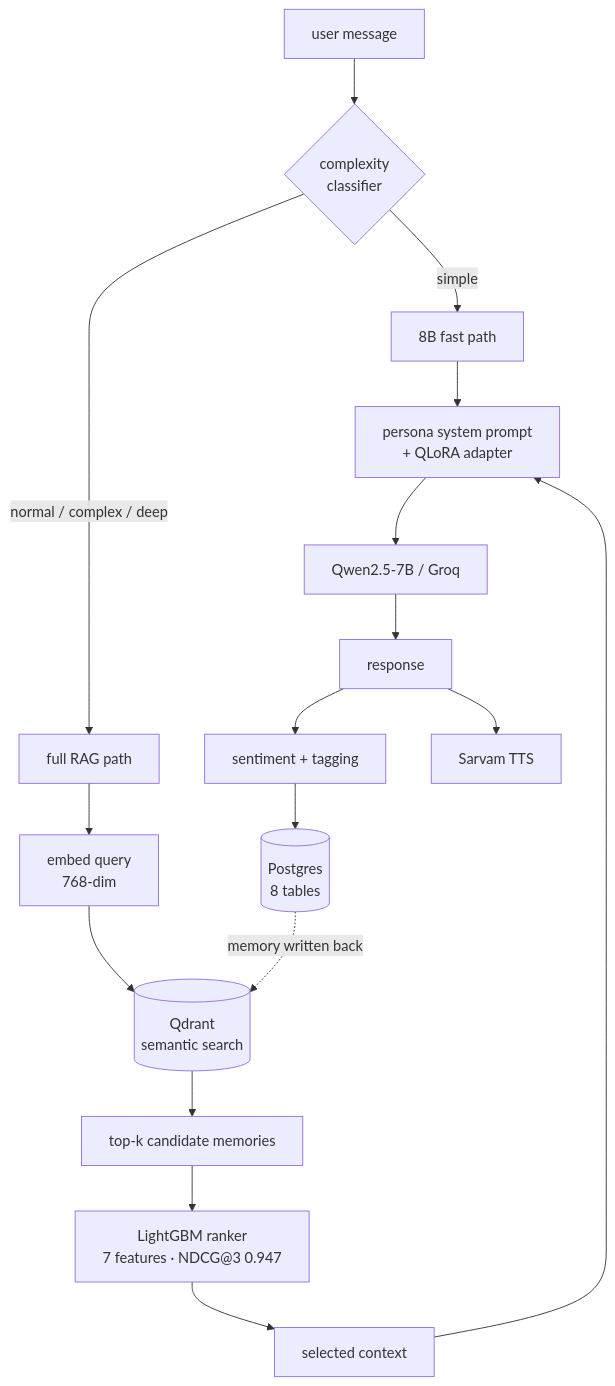
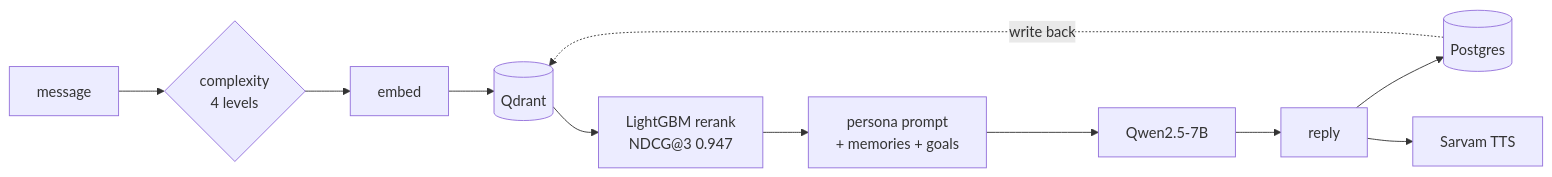
One commit to Aarti-panchal01/eka changed the diagram in README.md. Above: the diagram before and after it, drawn with Mermaid. The commit also changed other lines of this file, not shown here.

````diff
--- a/README.md
+++ b/README.md
@@ -33,23 +39,13 @@
 ```mermaid
-flowchart TB
-    U[user message] --> C{complexity<br/>classifier}
-    C -->|simple| FAST[8B fast path]
-    C -->|normal / complex / deep| FULL[full RAG path]
-
-    FULL --> E[embed query<br/>768-dim]
-    E --> Q[(Qdrant<br/>semantic search)]
-    Q --> CAND[top-k candidate memories]
-    CAND --> R[LightGBM ranker<br/>7 features · NDCG@3 0.947]
-    R --> CTX[selected context]
-
-    CTX --> P[persona system prompt<br/>+ QLoRA adapter]
-    FAST --> P
-    P --> LLM[Qwen2.5-7B / Groq]
-    LLM --> OUT[response]
-
-    OUT --> S[sentiment + tagging]
-    S --> M[(Postgres<br/>8 tables)]
-    OUT --> TTS[Sarvam TTS]
-
-    M -.->|memory written back| Q
+flowchart LR
+    U[message] --> C{complexity<br/>4 levels}
+    C --> E[embed]
+    E --> Q[(Qdrant)]
+    Q --> R[LightGBM rerank<br/>NDCG@3 0.947]
+    R --> P[persona prompt<br/>+ memories + goals]
+    P --> L[Qwen2.5-7B]
+    L --> O[reply]
+    O --> M[(Postgres)]
+    O --> T[Sarvam TTS]
+    M -.write back.-> Q
 ```
````
